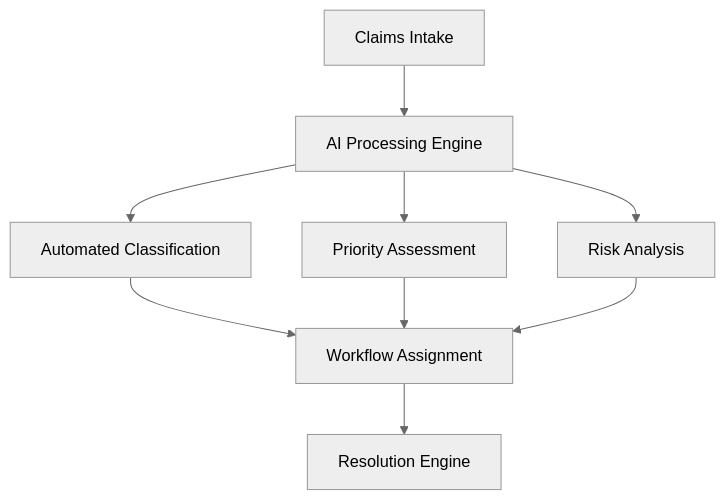
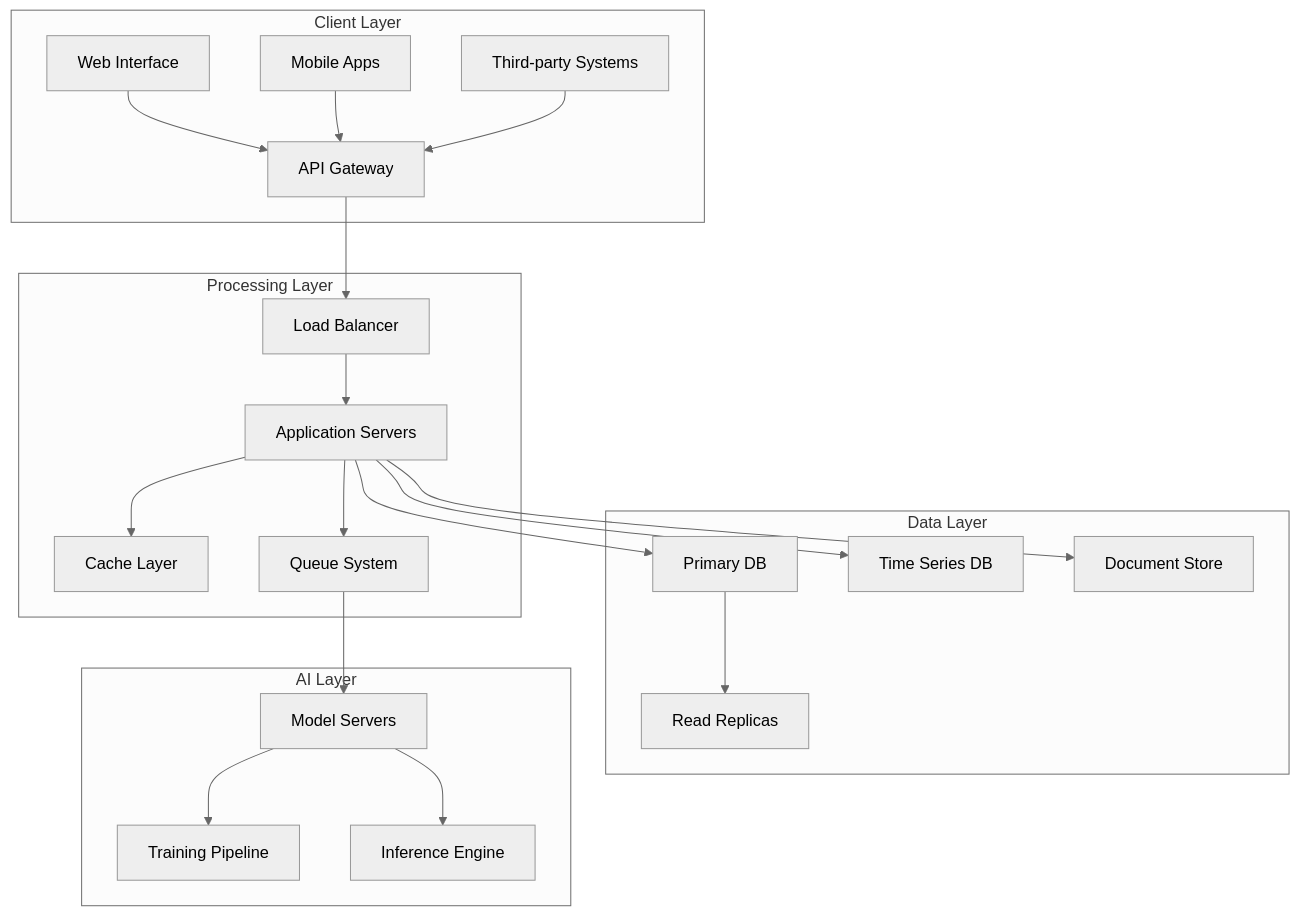
The first of 2 diagrams in profile/README.md (Gonna-AI/.github), drawn with Mermaid (neutral theme) before and after one commit. The commit also changed other lines of this file, not shown here.

````diff
--- a/profile/README.md
+++ b/profile/README.md
@@ -37,11 +36,28 @@
 ```mermaid
-graph TD
-    A[Claims Intake] --> B[AI Processing Engine]
-    B --> C[Automated Classification]
-    B --> D[Priority Assessment]
-    B --> E[Risk Analysis]
-    C --> F[Workflow Assignment]
-    D --> F
-    E --> F
-    F --> G[Resolution Engine]
+graph TB
+    subgraph Client Layer
+        A[Web Interface] --> B[API Gateway]
+        C[Mobile Apps] --> B
+        D[Third-party Systems] --> B
+    end
+    
+    subgraph Processing Layer
+        B --> E[Load Balancer]
+        E --> F[Application Servers]
+        F --> G[Cache Layer]
+        F --> H[Queue System]
+    end
+    
+    subgraph Data Layer
+        F --> I[Primary DB]
+        I --> J[Read Replicas]
+        F --> K[Time Series DB]
+        F --> L[Document Store]
+    end
+    
+    subgraph AI Layer
+        H --> M[Model Servers]
+        M --> N[Training Pipeline]
+        M --> O[Inference Engine]
+    end
 ```
````
